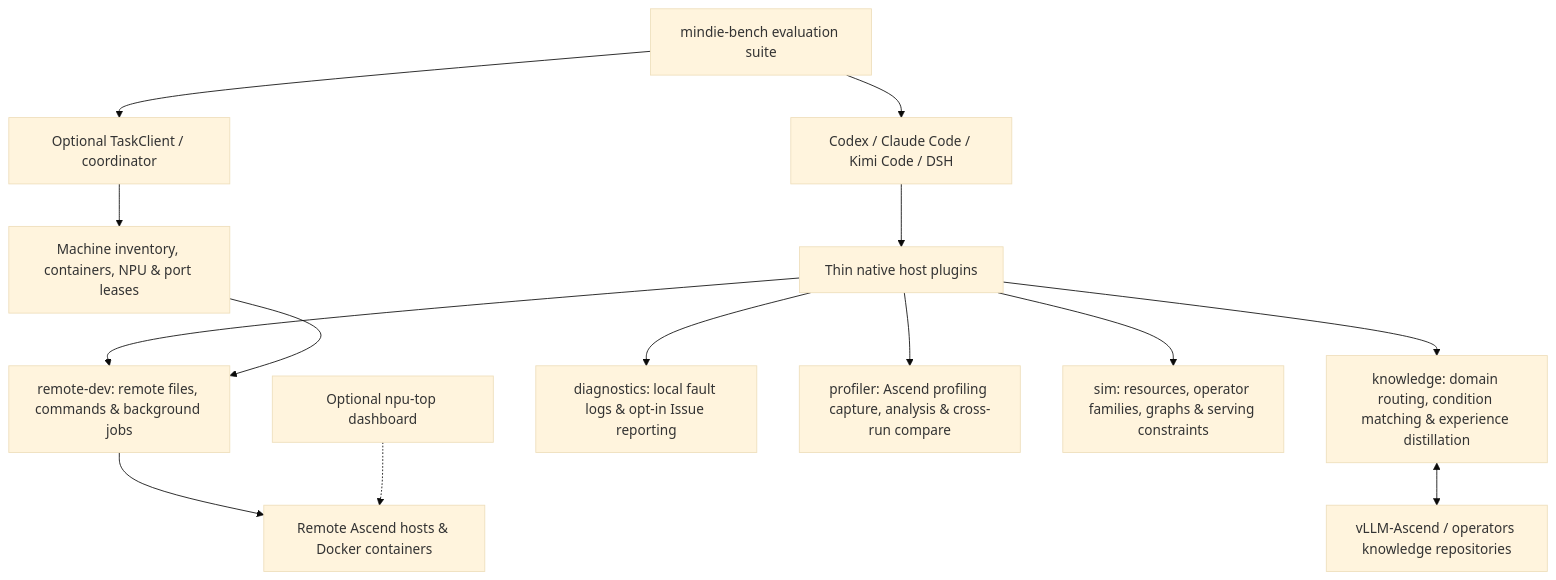
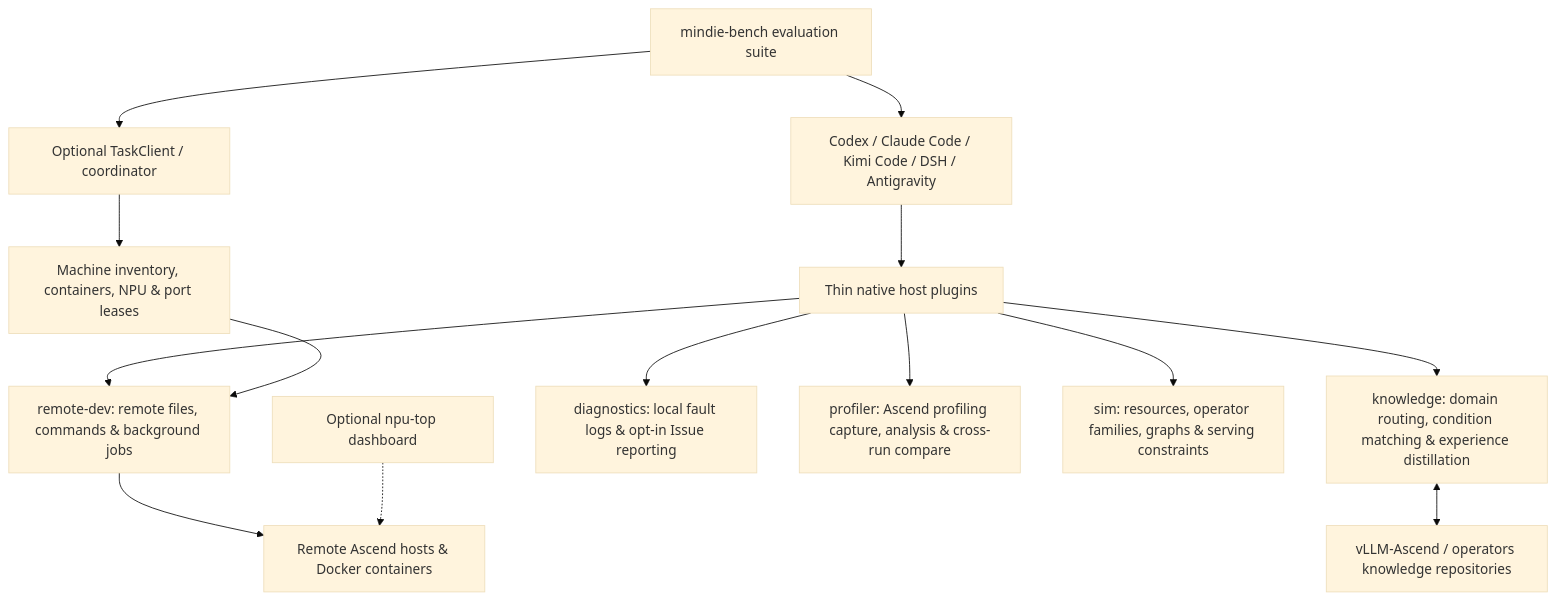
The diagram in docs/architecture.en.md (mindie-agent/mindie-agent), drawn with Mermaid (base theme) before and after one commit. The commit also changed other lines of this file and 20 other files, not shown here.

````diff
--- a/docs/architecture.en.md
+++ b/docs/architecture.en.md
@@ -11,16 +11,16 @@
 ```mermaid
 flowchart TB
-    H["Codex / Claude Code / Kimi Code / DSH"] --> P["Thin native host plugins"]
+    H["Codex / Claude Code / Kimi Code / DSH / Antigravity"] --> P["Thin native host plugins"]
     P --> K["knowledge: domain routing, condition matching & experience distillation"]
     P --> R["remote-dev: remote files, commands & background jobs"]
     P --> D["diagnostics: local fault logs & opt-in Issue reporting"]
     P --> PR["profiler: Ascend profiling capture, analysis & cross-run compare"]
     P --> S["sim: resources, operator families, graphs & serving constraints"]
     K <--> F["vLLM-Ascend / operators knowledge repositories"]
     T["Optional TaskClient / coordinator"] --> Q["Machine inventory, containers, NPU & port leases"]
     Q --> R
     R --> N["Remote Ascend hosts & Docker containers"]
     M["Optional npu-top dashboard"] -.-> N
     B["mindie-bench evaluation suite"] --> T
     B --> H
 ```
````
